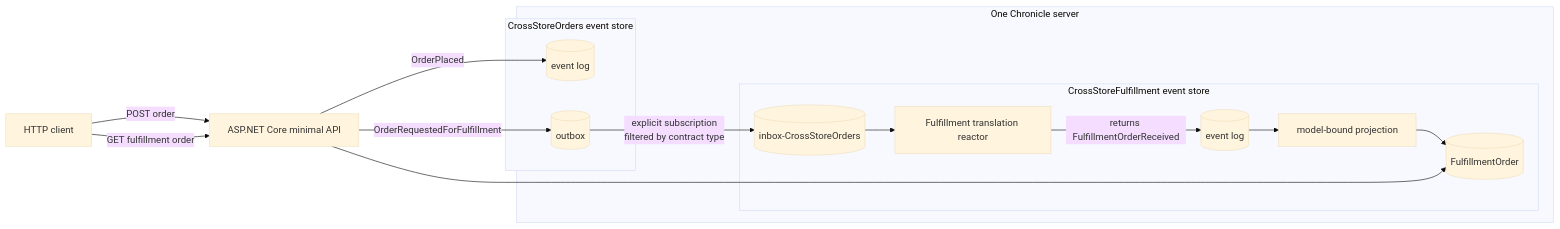
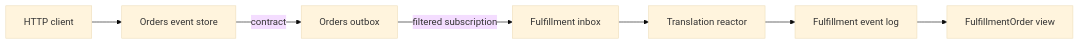
One commit to Cratis/Samples changed the diagram in Chronicle/CrossStore/README.md. Above: the diagram before and after it, drawn with Mermaid (base theme). The commit also changed other lines of this file and 45 other files, not shown here.

````diff
--- a/Chronicle/CrossStore/README.md
+++ b/Chronicle/CrossStore/README.md
@@ -19,29 +19,9 @@
 ```mermaid
 flowchart LR
-    Client[HTTP client] -->|POST order| API[ASP.NET Core minimal API]
-
-    subgraph Server[One Chronicle server]
-        subgraph Orders[CrossStoreOrders event store]
-            OrdersLog[(event log)]
-            Outbox[(outbox)]
-        end
-
-        subgraph Fulfillment[CrossStoreFulfillment event store]
-            Inbox[(inbox-CrossStoreOrders)]
-            Reactor[Fulfillment translation reactor]
-            FulfillmentLog[(event log)]
-            Projection[model-bound projection]
-            View[(FulfillmentOrder)]
-        end
-    end
-
-    API -->|OrderPlaced| OrdersLog
-    API -->|OrderRequestedForFulfillment| Outbox
-    Outbox -->|explicit subscription<br/>filtered by contract type| Inbox
-    Inbox --> Reactor
-    Reactor -->|returns FulfillmentOrderReceived| FulfillmentLog
-    FulfillmentLog --> Projection
-    Projection --> View
-    Client -->|GET fulfillment order| API
-    API --> View
+    client[HTTP client] --> orders[Orders event store]
+    orders -->|contract| outbox[Orders outbox]
+    outbox -->|filtered subscription| inbox[Fulfillment inbox]
+    inbox --> reactor[Translation reactor]
+    reactor --> fulfillment[Fulfillment event log]
+    fulfillment --> view[FulfillmentOrder view]
 ```
````
